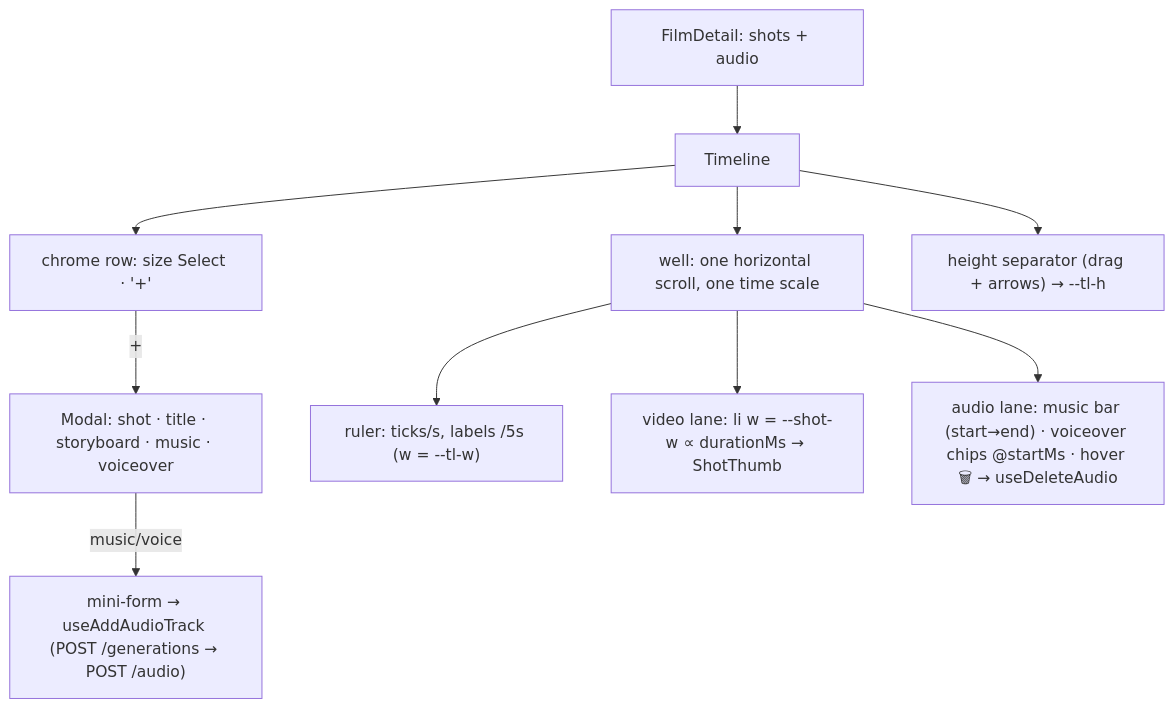
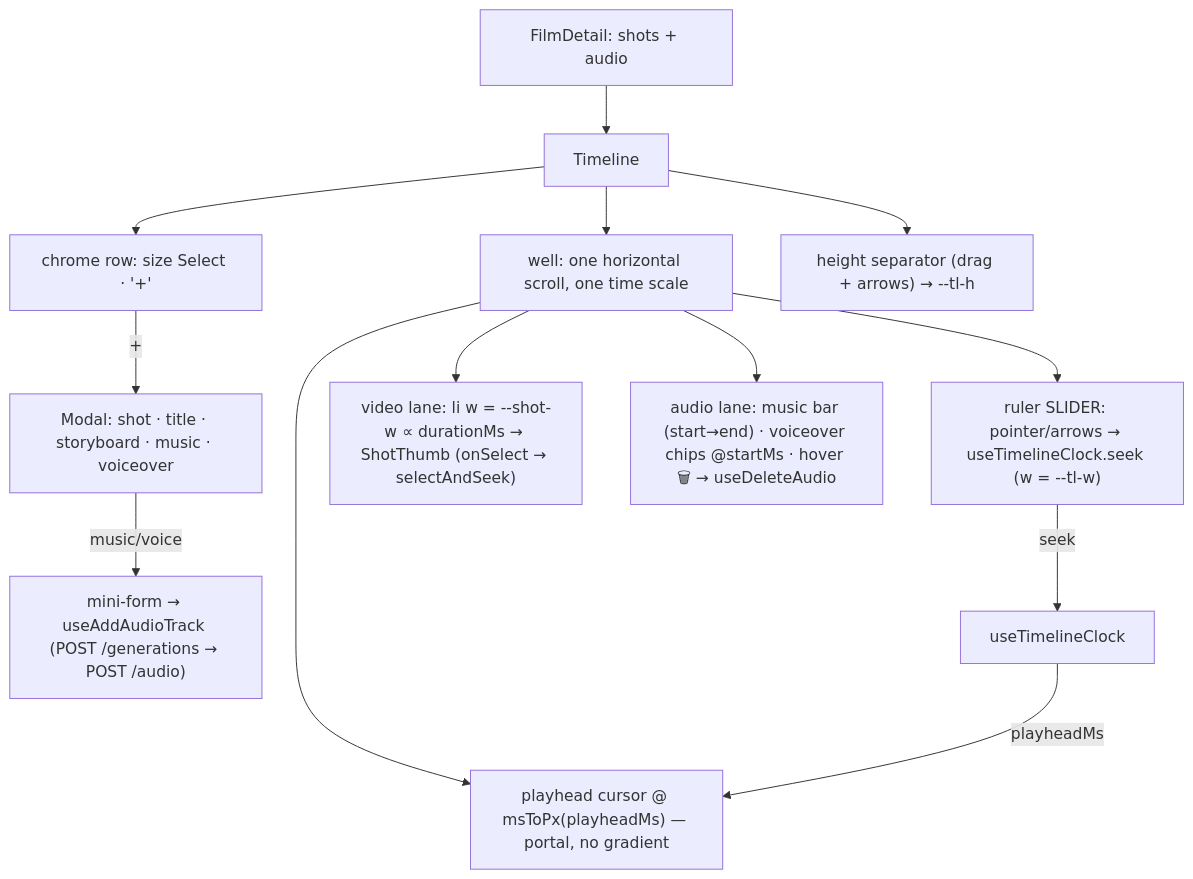
The diagram in apps/web/src/modules/Cinema/components/Timeline.tsx.md (AzamatRaimbekov2/openCreate), drawn with Mermaid before and after one commit. The commit also changed other lines of this file and 359 other files, not shown here.

````diff
--- a/apps/web/src/modules/Cinema/components/Timeline.tsx.md
+++ b/apps/web/src/modules/Cinema/components/Timeline.tsx.md
@@ -50,12 +74,15 @@
 ```mermaid
 flowchart TD
   FILM[FilmDetail: shots + audio] --> T[Timeline]
   T --> H["chrome row: size Select · '+'"]
   H -->|"+"| DLG["Modal: shot · title · storyboard · music · voiceover"]
   DLG -->|music/voice| FORM["mini-form → useAddAudioTrack (POST /generations → POST /audio)"]
   T --> WELL["well: one horizontal scroll, one time scale"]
-  WELL --> RULER["ruler: ticks/s, labels /5s (w = --tl-w)"]
-  WELL --> VLANE["video lane: li w = --shot-w ∝ durationMs → ShotThumb"]
+  WELL --> CURSOR["playhead cursor @ msToPx(playheadMs) — portal, no gradient"]
+  WELL --> RULER["ruler SLIDER: pointer/arrows → useTimelineClock.seek (w = --tl-w)"]
+  WELL --> VLANE["video lane: li w = --shot-w ∝ durationMs → ShotThumb (onSelect → selectAndSeek)"]
   WELL --> ALANE["audio lane: music bar (start→end) · voiceover chips @startMs · hover 🗑 → useDeleteAudio"]
   T --> SEP["height separator (drag + arrows) → --tl-h"]
+  CLK[useTimelineClock] -->|playheadMs| CURSOR
+  RULER -->|seek| CLK
 ```
````
